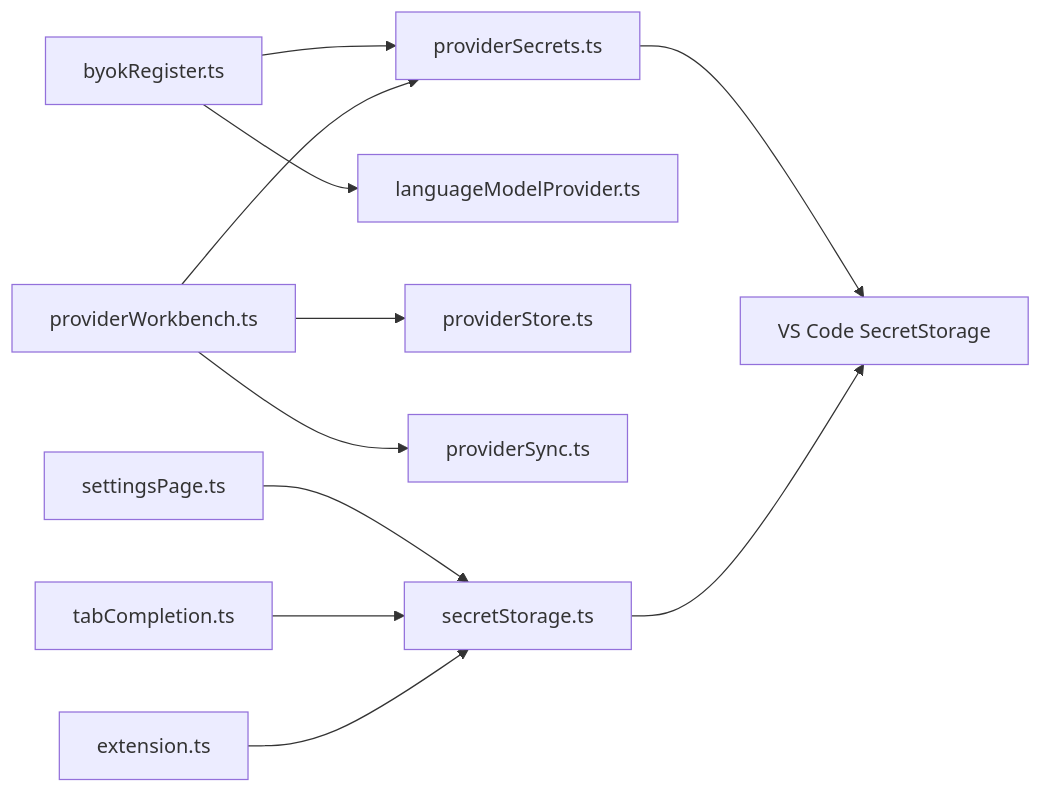
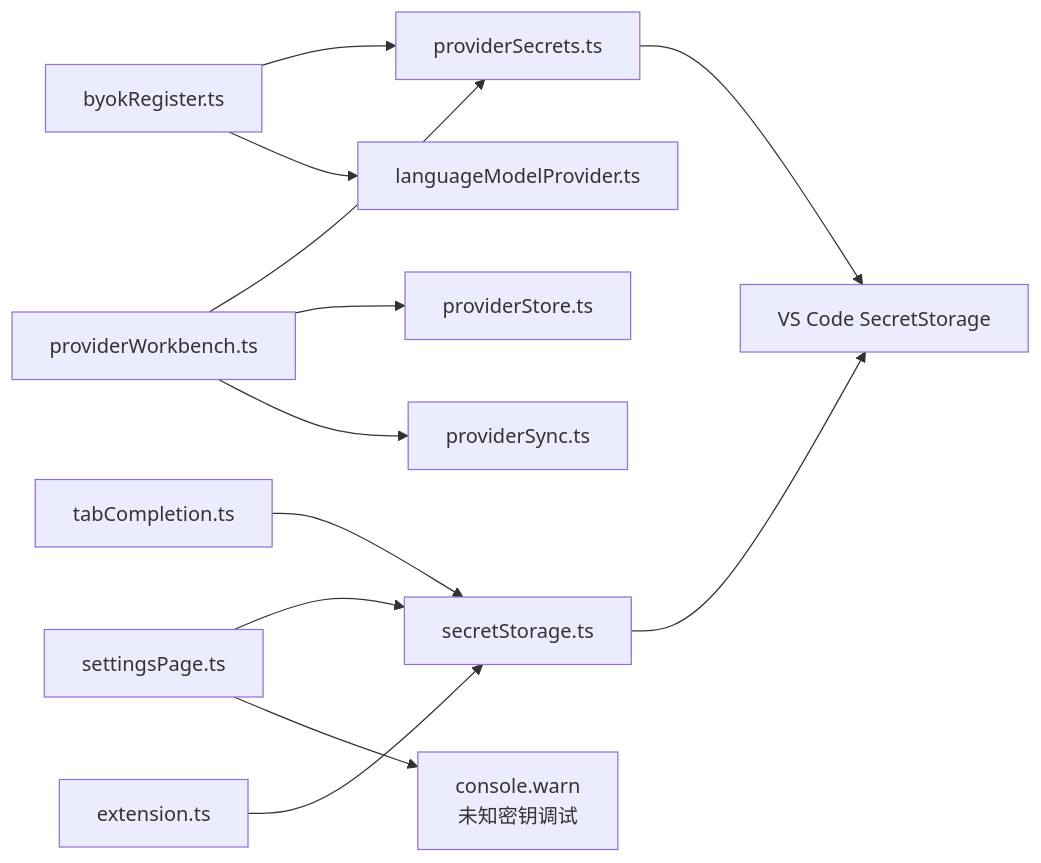
One commit to sofate798/KodrixCode changed diagram 11 of 11 in .qoder/repowiki/zh/content/本地集成/模型供应商管理/凭据安全管理.md. Above: the diagram before and after it, drawn with Mermaid. The commit also changed other lines of this file and 12 other files, not shown here.

````diff
--- a/.qoder/repowiki/zh/content/本地集成/模型供应商管理/凭据安全管理.md
+++ b/.qoder/repowiki/zh/content/本地集成/模型供应商管理/凭据安全管理.md
@@ -412,13 +428,14 @@
 ```mermaid
 graph LR
 BR["byokRegister.ts"] --> PS["providerSecrets.ts"]
 BR --> LM["languageModelProvider.ts"]
 PW["providerWorkbench.ts"] --> PS
 PW --> PS2["providerStore.ts"]
 PW --> PS3["providerSync.ts"]
 SP["settingsPage.ts"] --> SS["secretStorage.ts"]
+SP --> SW["console.warn<br/>未知密钥调试"]
 TC["tabCompletion.ts"] --> SS
 EX["extension.ts"] --> SS
 PS --> VS["VS Code SecretStorage"]
 SS --> VS
 ```
````
